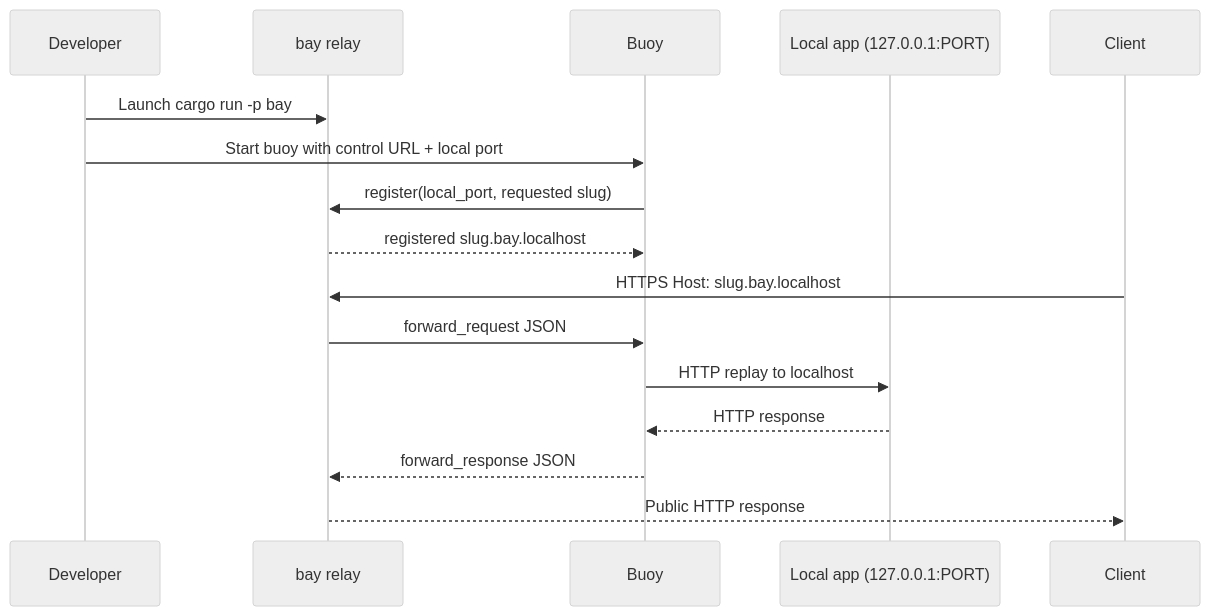
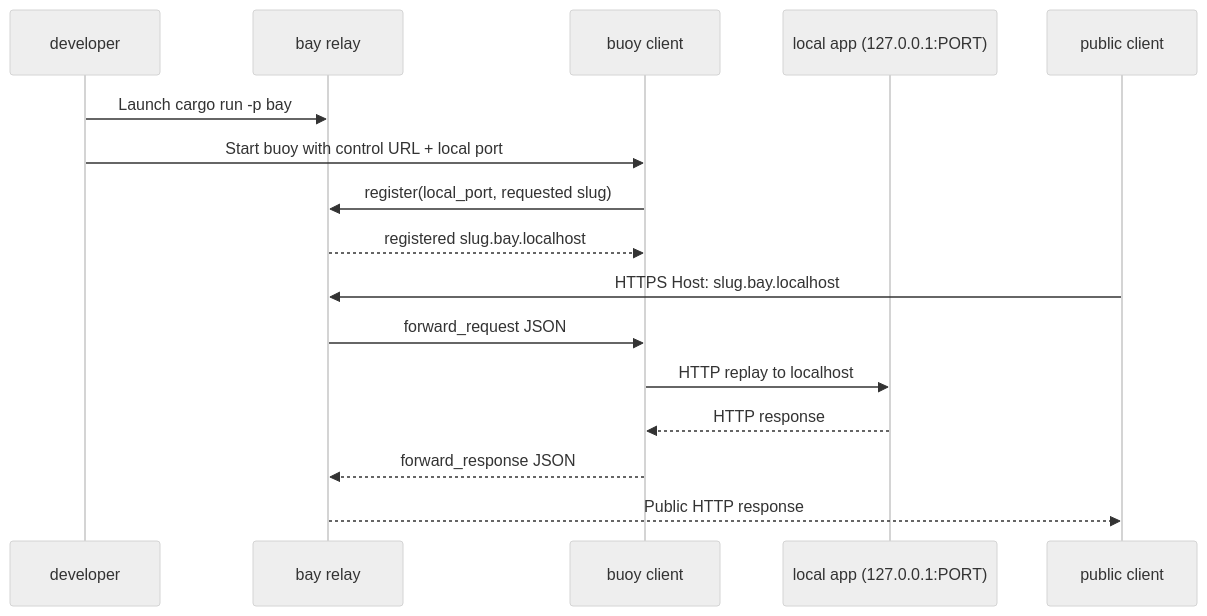
Before and after one commit to timvw/tunnelbay: the diagram in README.md, drawn with Mermaid (neutral theme).

Commit message:
Normalize request diagram casing

````diff
--- a/README.md
+++ b/README.md
@@ -71,19 +71,19 @@
 ```mermaid
 sequenceDiagram
-    participant Dev as Developer
+    participant Dev as developer
     participant Bay as bay relay
-    participant Buoy
-    participant App as Local app (127.0.0.1:PORT)
-    participant Client
+    participant Buoy as buoy client
+    participant App as local app (127.0.0.1:PORT)
+    participant Client as public client
 
     Dev->>Bay: Launch cargo run -p bay
     Dev->>Buoy: Start buoy with control URL + local port
     Buoy->>Bay: register(local_port, requested slug)
     Bay-->>Buoy: registered slug.bay.localhost
     Client->>Bay: HTTPS Host: slug.bay.localhost
     Bay->>Buoy: forward_request JSON
     Buoy->>App: HTTP replay to localhost
     App-->>Buoy: HTTP response
     Buoy-->>Bay: forward_response JSON
     Bay-->>Client: Public HTTP response
 ```
````
